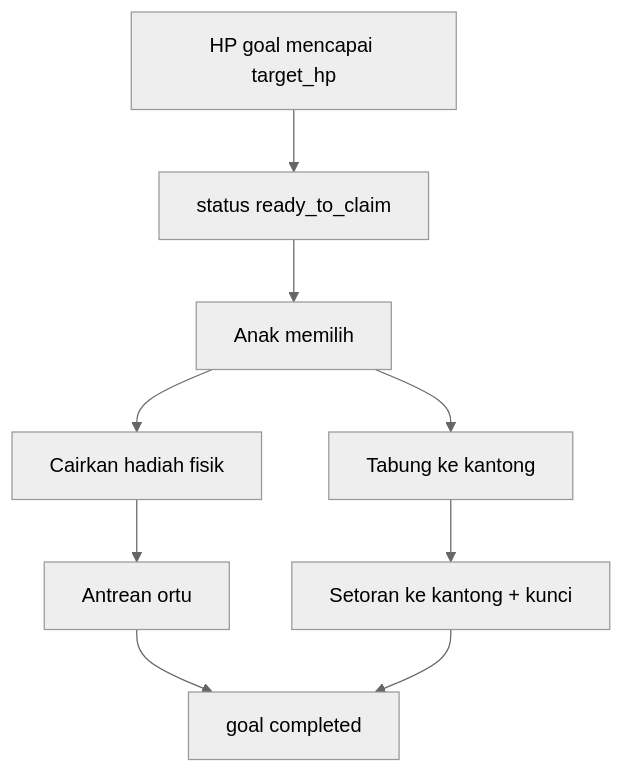
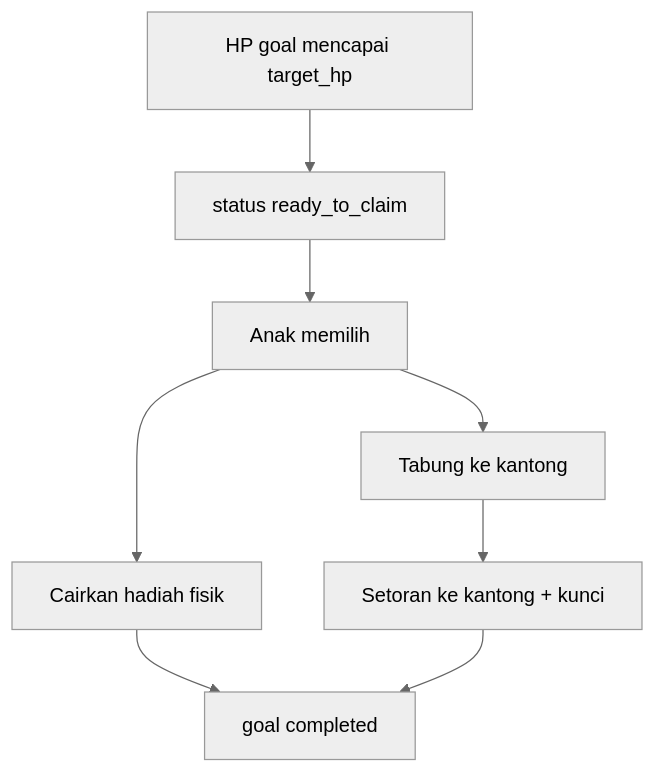
Before and after one commit to arifianjuari/habiku-nextjs: the second of 2 diagrams in docs/prd-habiku-nextjs.md, drawn with Mermaid (neutral theme). The commit also changed other lines of this file and 6 other files, not shown here.

First line of the commit message:
fix(goals): cair hadiah langsung tanpa antrean ortu

````diff
--- a/docs/prd-habiku-nextjs.md
+++ b/docs/prd-habiku-nextjs.md
@@ -553,14 +553,13 @@
 ```mermaid
 flowchart TD
   hpFull[HP goal mencapai target_hp]
   readyState[status ready_to_claim]
   childChoice[Anak memilih]
   redeem[Cairkan hadiah fisik]
   save[Tabung ke kantong]
-  parentQueue[Antrean ortu]
   pocketDeposit[Setoran ke kantong + kunci]
   completed[goal completed]
   hpFull --> readyState --> childChoice
-  childChoice --> redeem --> parentQueue --> completed
+  childChoice --> redeem --> completed
   childChoice --> save --> pocketDeposit --> completed
 ```
````
